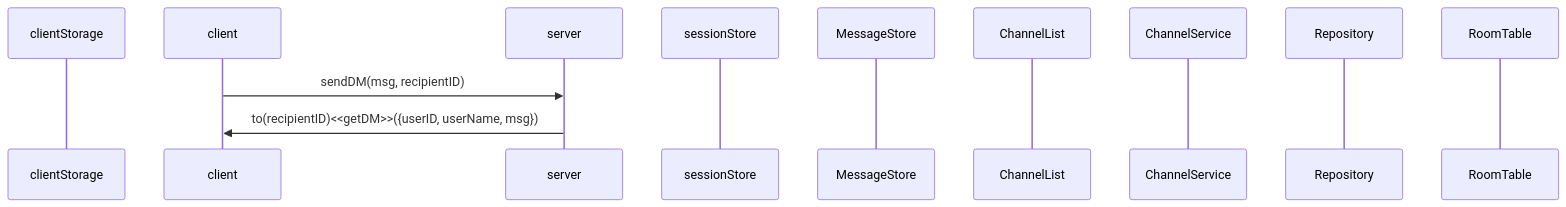
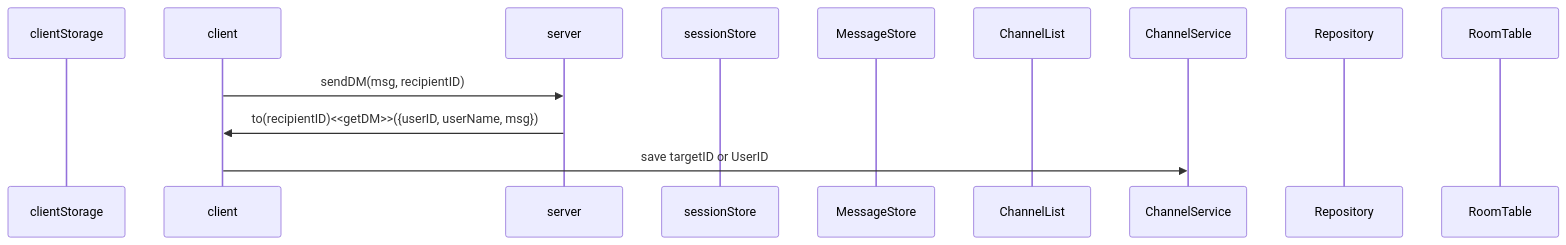
The ninth of 19 diagrams in backend/node/app/event.md (mtak0235/simmons_transcendence), drawn with Mermaid before and after one commit. The commit also changed other lines of this file and 2 other files, not shown here.

````diff
--- a/backend/node/app/event.md
+++ b/backend/node/app/event.md
@@ -206,15 +243,16 @@
 ```mermaid
 sequenceDiagram
 participant cls as clientStorage
 participant c as client
 participant ga as server
 participant ss as sessionStore
 participant ms as MessageStore
 participant cns as ChannelList
 participant cs as ChannelService
 participant r as Repository
 participant rt as RoomTable
 
 c->>ga: sendDM(msg, recipientID)
 ga->>c: to(recipientID)<<getDM>>({userID, userName, msg})
+c->>cs: save targetID or UserID
 ```
````
